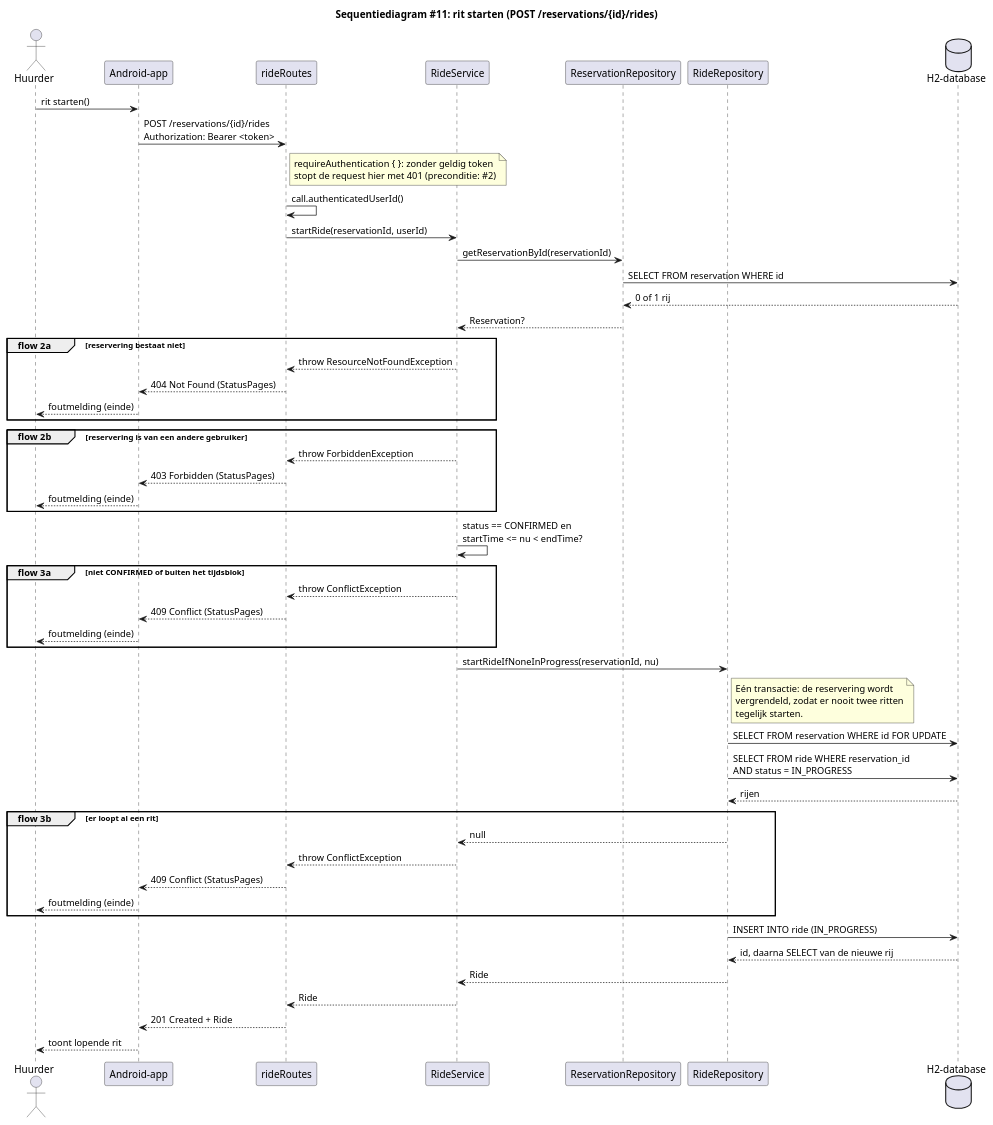
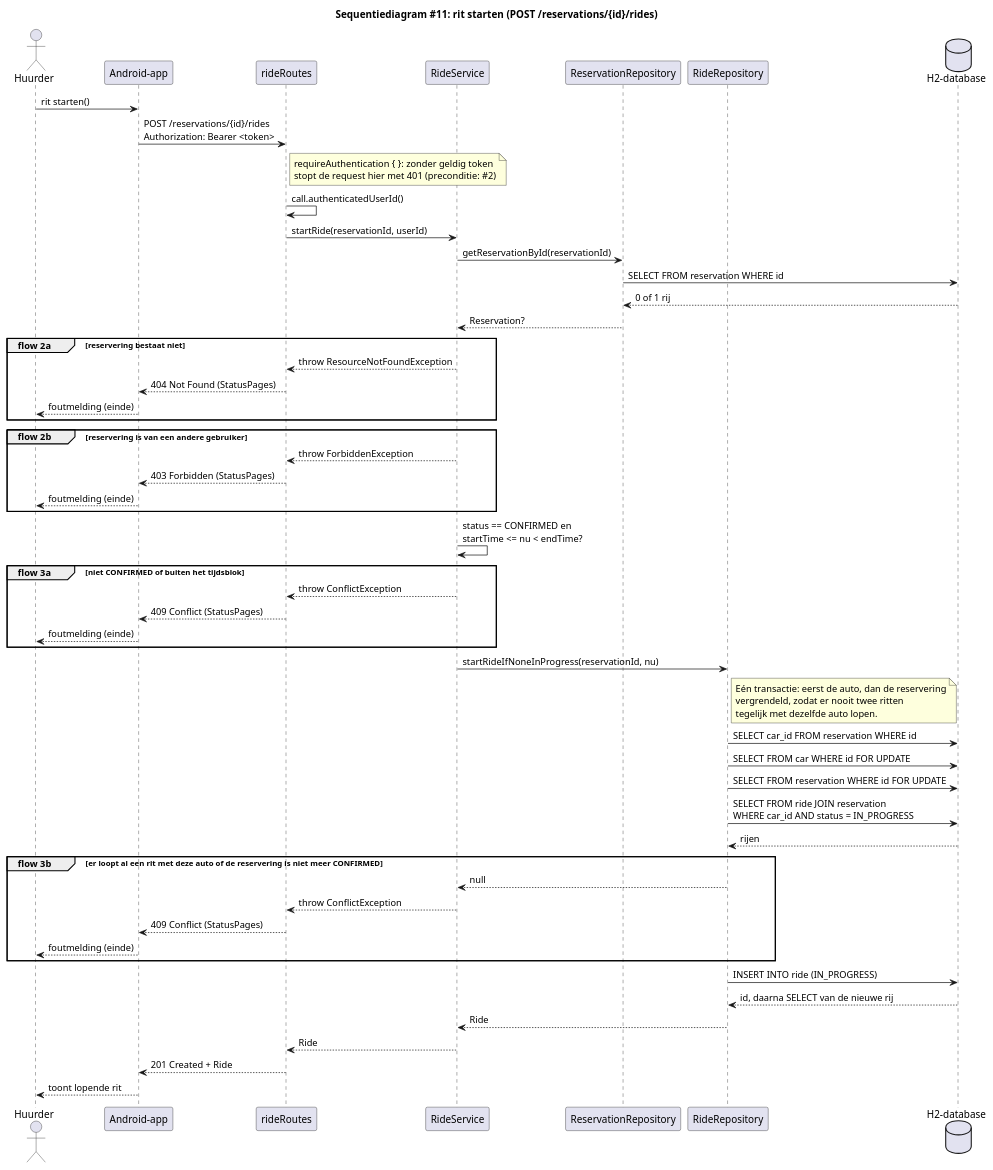
The diagram in diagrams/sequence/StartRide.puml (MarkPrins18/hbo-leerjaar2), drawn with PlantUML before and after one commit. The commit also changed 6 other files, not shown here.

Commit message:
fix: maximaal een lopende rit per auto

```diff
--- a/diagrams/sequence/StartRide.puml
+++ b/diagrams/sequence/StartRide.puml
@@ -1,69 +1,71 @@
 @startuml StartRide
 title Sequentiediagram #11: rit starten (POST /reservations/{id}/rides)
 
 actor Huurder as g
 participant "Android-app" as app
 participant "rideRoutes" as rt
 participant "RideService" as svc
 participant "ReservationRepository" as resrepo
 participant "RideRepository" as riderepo
 database "H2-database" as db
 
 g -> app : rit starten()
 app -> rt : POST /reservations/{id}/rides\nAuthorization: Bearer <token>
 note right of rt
   requireAuthentication { }: zonder geldig token
   stopt de request hier met 401 (preconditie: #2)
 end note
 rt -> rt : call.authenticatedUserId()
 rt -> svc : startRide(reservationId, userId)
 svc -> resrepo : getReservationById(reservationId)
 resrepo -> db : SELECT FROM reservation WHERE id
 db --> resrepo : 0 of 1 rij
 resrepo --> svc : Reservation?
 
 group flow 2a [reservering bestaat niet]
     svc --> rt : throw ResourceNotFoundException
     rt --> app : 404 Not Found (StatusPages)
     app --> g : foutmelding (einde)
 end
 
 group flow 2b [reservering is van een andere gebruiker]
     svc --> rt : throw ForbiddenException
     rt --> app : 403 Forbidden (StatusPages)
     app --> g : foutmelding (einde)
 end
 
 svc -> svc : status == CONFIRMED en\nstartTime <= nu < endTime?
 
 group flow 3a [niet CONFIRMED of buiten het tijdsblok]
     svc --> rt : throw ConflictException
     rt --> app : 409 Conflict (StatusPages)
     app --> g : foutmelding (einde)
 end
 
 svc -> riderepo : startRideIfNoneInProgress(reservationId, nu)
 note right of riderepo
-  Eén transactie: de reservering wordt
+  Eén transactie: eerst de auto, dan de reservering
   vergrendeld, zodat er nooit twee ritten
-  tegelijk starten.
+  tegelijk met dezelfde auto lopen.
 end note
+riderepo -> db : SELECT car_id FROM reservation WHERE id
+riderepo -> db : SELECT FROM car WHERE id FOR UPDATE
 riderepo -> db : SELECT FROM reservation WHERE id FOR UPDATE
-riderepo -> db : SELECT FROM ride WHERE reservation_id\nAND status = IN_PROGRESS
+riderepo -> db : SELECT FROM ride JOIN reservation\nWHERE car_id AND status = IN_PROGRESS
 db --> riderepo : rijen
 
-group flow 3b [er loopt al een rit]
+group flow 3b [er loopt al een rit met deze auto of de reservering is niet meer CONFIRMED]
     riderepo --> svc : null
     svc --> rt : throw ConflictException
     rt --> app : 409 Conflict (StatusPages)
     app --> g : foutmelding (einde)
 end
 
 riderepo -> db : INSERT INTO ride (IN_PROGRESS)
 db --> riderepo : id, daarna SELECT van de nieuwe rij
 riderepo --> svc : Ride
 svc --> rt : Ride
 rt --> app : 201 Created + Ride
 app --> g : toont lopende rit
 
 @enduml
```
